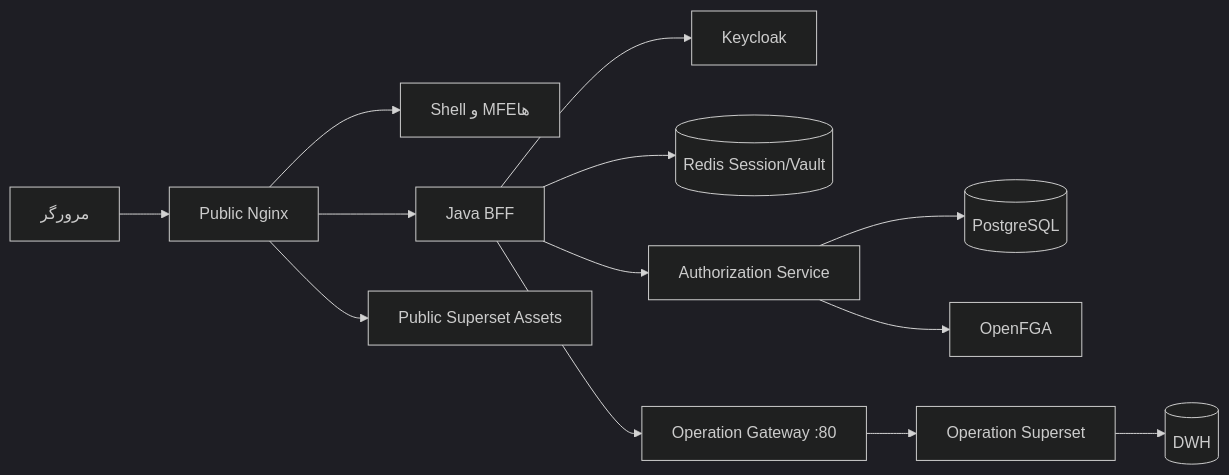
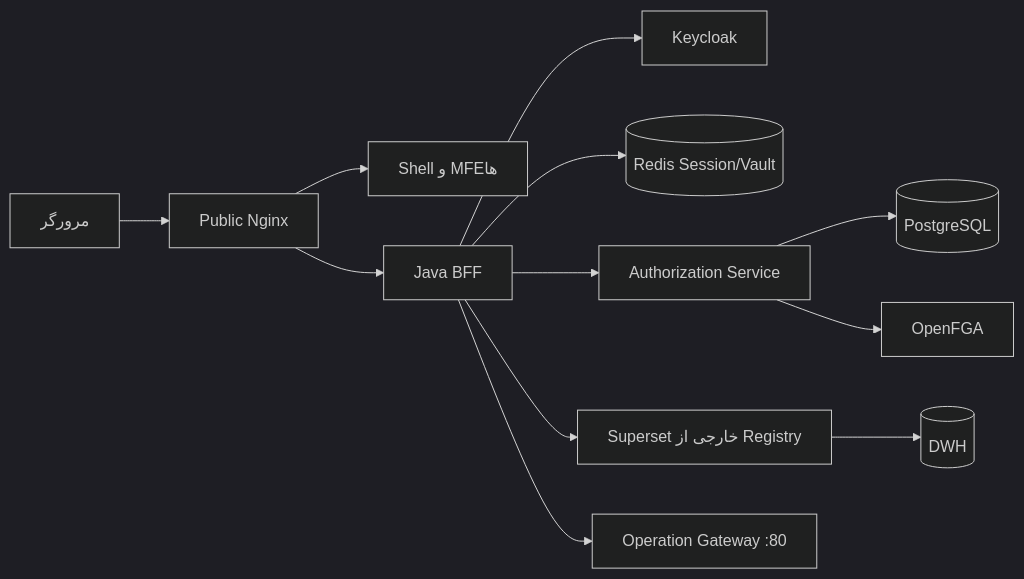
The diagram in docs/guide-fa.md (mahdiporkar/aurevia-super-app), drawn with Mermaid (dark theme) before and after one commit. The commit also changed other lines of this file and 58 other files, not shown here.

````diff
--- a/docs/guide-fa.md
+++ b/docs/guide-fa.md
@@ -47,15 +47,14 @@
 ```mermaid
 flowchart LR
   U[مرورگر] --> N[Public Nginx]
   N --> S[Shell و MFEها]
   N --> B[Java BFF]
   B --> K[Keycloak]
   B --> R[(Redis Session/Vault)]
   B --> A[Authorization Service]
   A --> P[(PostgreSQL)]
   A --> F[OpenFGA]
-  N --> PS[Public Superset Assets]
+  B --> OS[Superset خارجی از Registry]
   B --> G[Operation Gateway :80]
-  G --> OS[Operation Superset]
   OS --> D[(DWH)]
 ```
````
